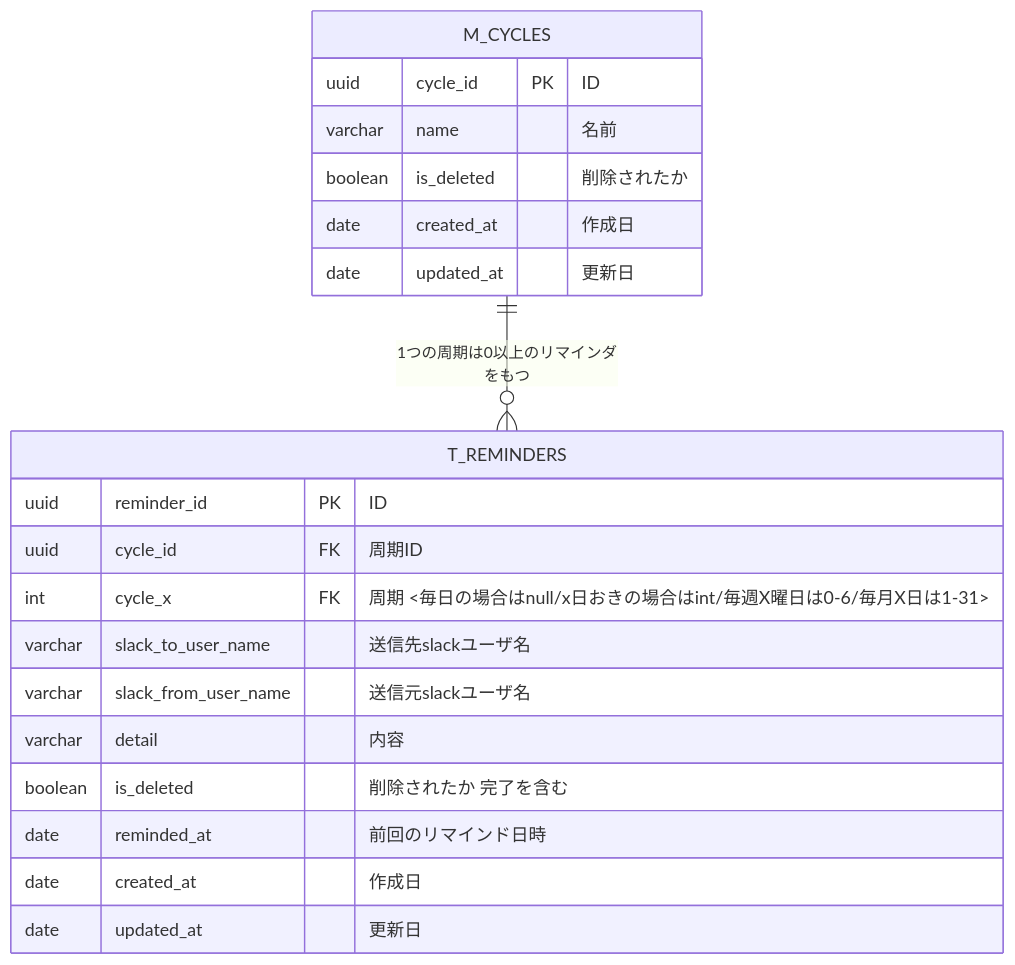
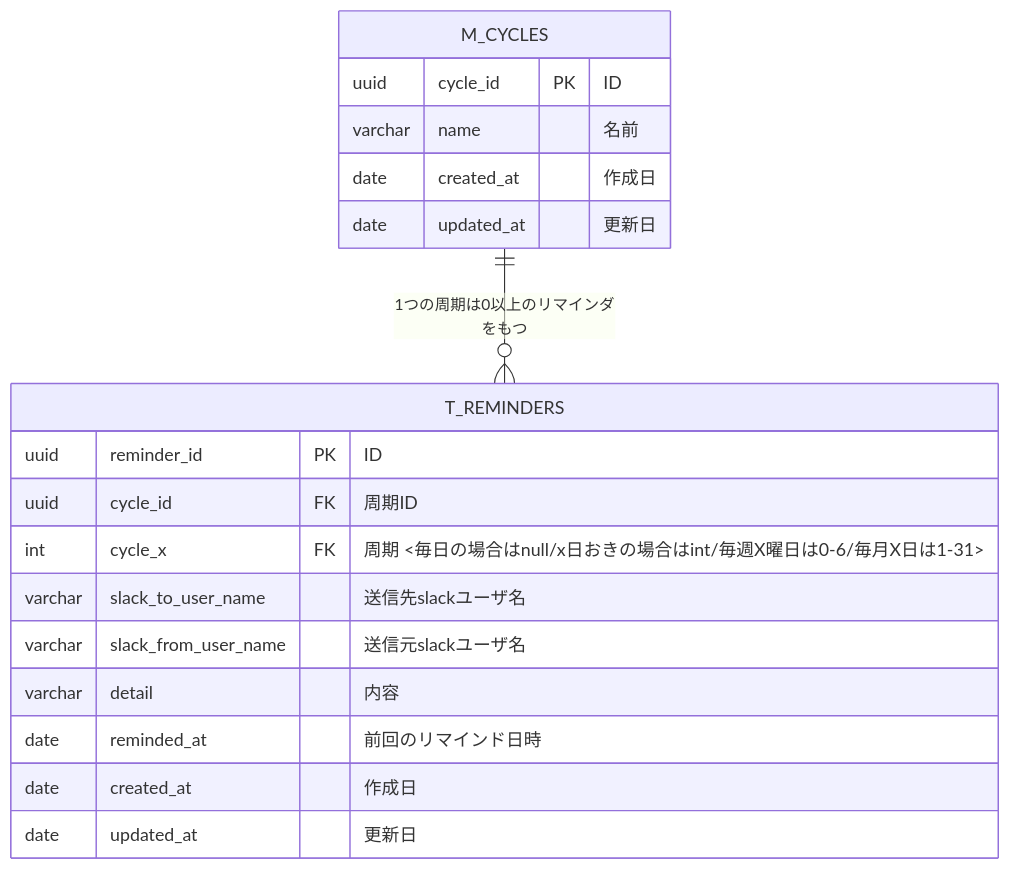
One commit to praha-inc/praha-challenge-7 changed the diagram in F0yWy8HaLlWoST/01_データベース設計/04_DBモデリング4/kadai_01.md. Above: the diagram before and after it, drawn with Mermaid. The commit also changed 5 other files, not shown here.

````diff
--- a/F0yWy8HaLlWoST/01_データベース設計/04_DBモデリング4/kadai_01.md
+++ b/F0yWy8HaLlWoST/01_データベース設計/04_DBモデリング4/kadai_01.md
@@ -9,26 +9,24 @@
 ```mermaid
 erDiagram
 
   M_CYCLES {
     uuid cycle_id PK "ID"
     varchar name "<Not null> 名前"
-    boolean is_deleted "<Not null> 削除されたか"
     date created_at "<Not null> 作成日"
     date updated_at "更新日"
   }
 
   T_REMINDERS {
     uuid reminder_id PK "ID"
     uuid cycle_id FK "<Not null> 周期ID"
     int cycle_x FK "周期 <毎日の場合はnull/x日おきの場合はint/毎週X曜日は0-6/毎月X日は1-31>"
     varchar slack_to_user_name "<Not null> 送信先slackユーザ名"
     varchar slack_from_user_name "<Not null> 送信元slackユーザ名"
     varchar detail "<Not null> 内容"
-    boolean is_deleted "<Not null> 削除されたか 完了を含む"
     date reminded_at "前回のリマインド日時"
     date created_at "<Not null> 作成日"
     date updated_at "更新日"
   }
 
   M_CYCLES ||--o{ T_REMINDERS: "1つの周期は0以上のリマインダをもつ"
 ```
````
